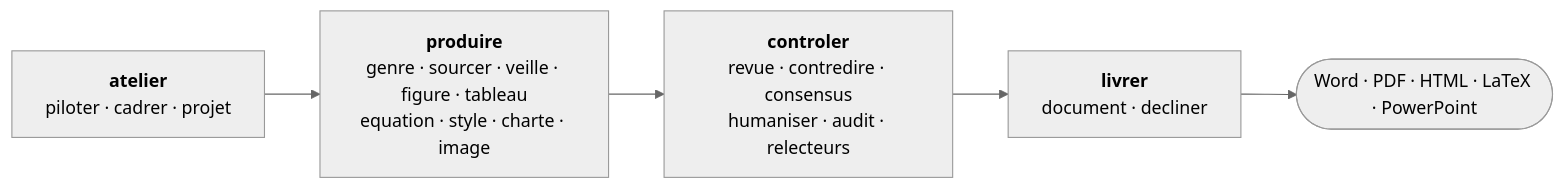
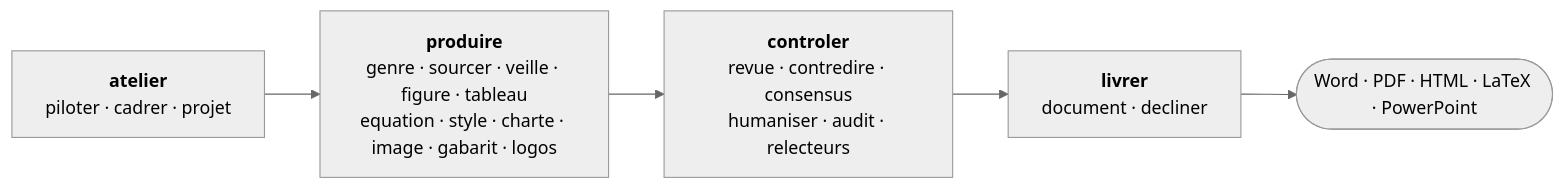
Before and after one commit to MariusYvard/Scriptorium: the diagram in README.md, drawn with Mermaid (neutral theme). The commit also changed other lines of this file and 29 other files, not shown here.

````diff
--- a/README.md
+++ b/README.md
@@ -98,7 +98,7 @@
 ```mermaid
 flowchart LR
-  A["<b>atelier</b><br/>piloter · cadrer · projet"] --> P["<b>produire</b><br/>genre · sourcer · veille · figure · tableau<br/>equation · style · charte · image"]
+  A["<b>atelier</b><br/>piloter · cadrer · projet"] --> P["<b>produire</b><br/>genre · sourcer · veille · figure · tableau<br/>equation · style · charte · image · gabarit · logos"]
   P --> C["<b>controler</b><br/>revue · contredire · consensus<br/>humaniser · audit · relecteurs"]
   C --> L["<b>livrer</b><br/>document · decliner"]
   L --> O(["Word · PDF · HTML · LaTeX · PowerPoint"])
 ```
````
